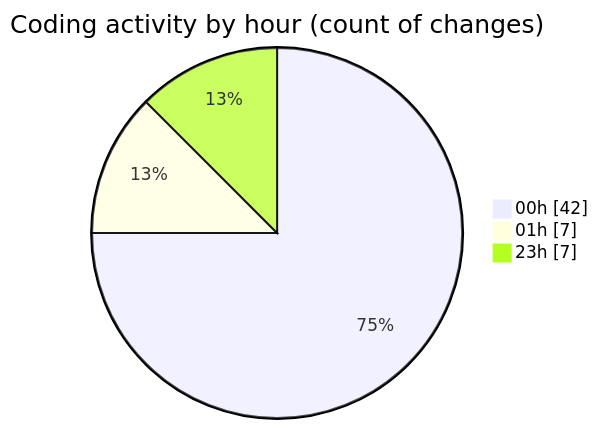
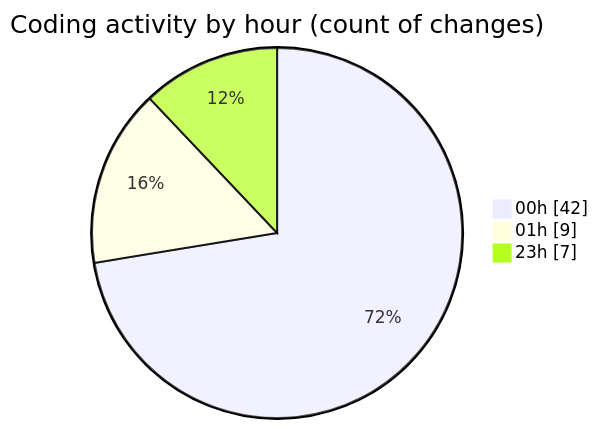
One commit to lephambinh05/code-tracking changed the second of 2 diagrams in 2025-08-12/rentotp/README.md. Above: the diagram before and after it, drawn with Mermaid. The commit also changed other lines of this file and 1 other file, not shown here.

````diff
--- a/2025-08-12/rentotp/README.md
+++ b/2025-08-12/rentotp/README.md
@@ -41,7 +41,7 @@
 ```mermaid
 pie showData
 title Coding activity by hour (count of changes)
 "00h" : 42
-"01h" : 7
+"01h" : 9
 "23h" : 7
 ```
````
